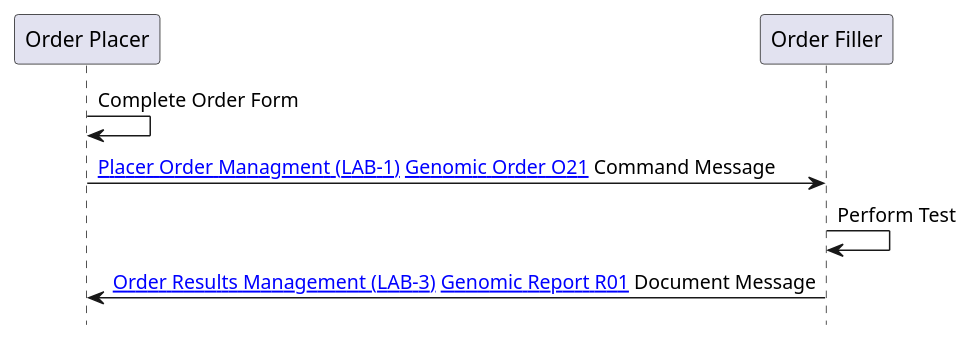
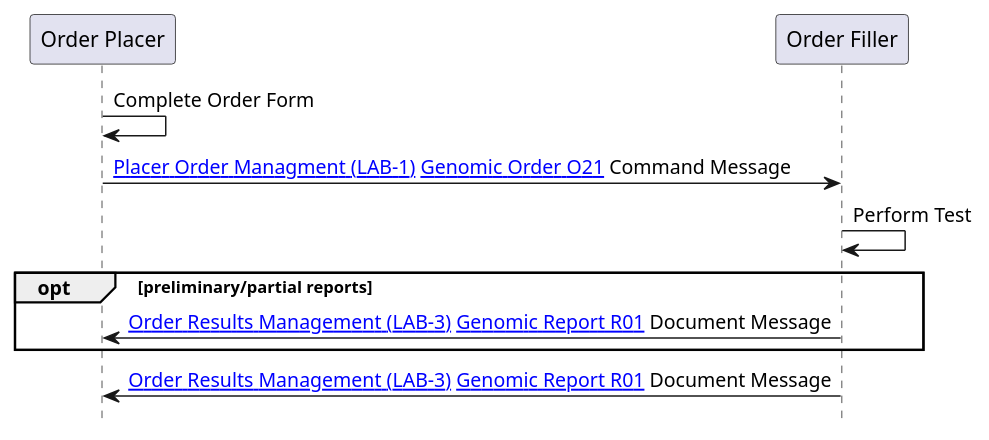
Before and after one commit to nw-gmsa/nw-gmsa.github.com: the diagram in input/images-source/LTW-now-sequence.plantuml, drawn with PlantUML. The commit also changed 2 other files, not shown here.

```diff
--- a/input/images-source/LTW-now-sequence.plantuml
+++ b/input/images-source/LTW-now-sequence.plantuml
@@ -1,15 +1,18 @@
 @startuml
 
 hide footbox
 
 participant "Order Placer" as EPR
 participant "Order Filler" as LIMS
 
 
 EPR -> EPR: Complete Order Form
 EPR -> LIMS: [[LAB-1.html Placer Order Managment (LAB-1)]] [[DDD-TestOrder.html Genomic Order O21]] Command Message
 LIMS -> LIMS: Perform Test
+opt preliminary/partial reports
+LIMS -> EPR: [[LAB-3.html Order Results Management (LAB-3)]] [[DDD-TestReport.html Genomic Report R01]] Document Message
+end
 LIMS -> EPR: [[LAB-3.html Order Results Management (LAB-3)]] [[DDD-TestReport.html Genomic Report R01]] Document Message
 
 
 @enduml
```
